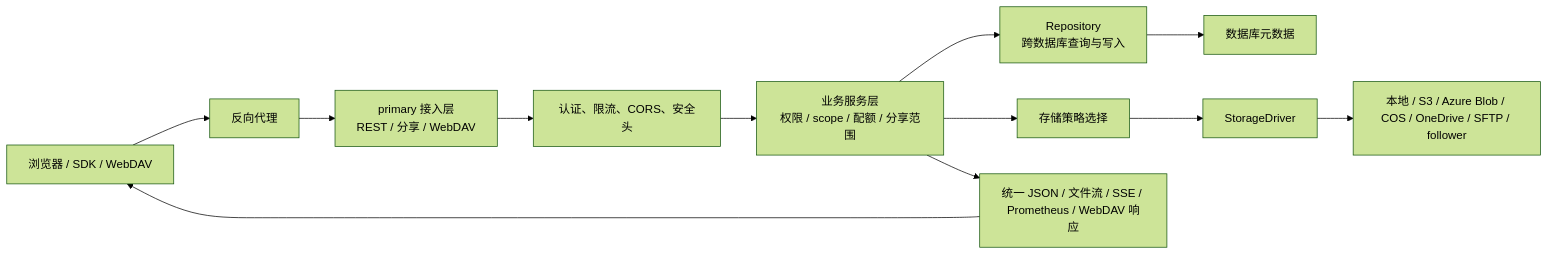
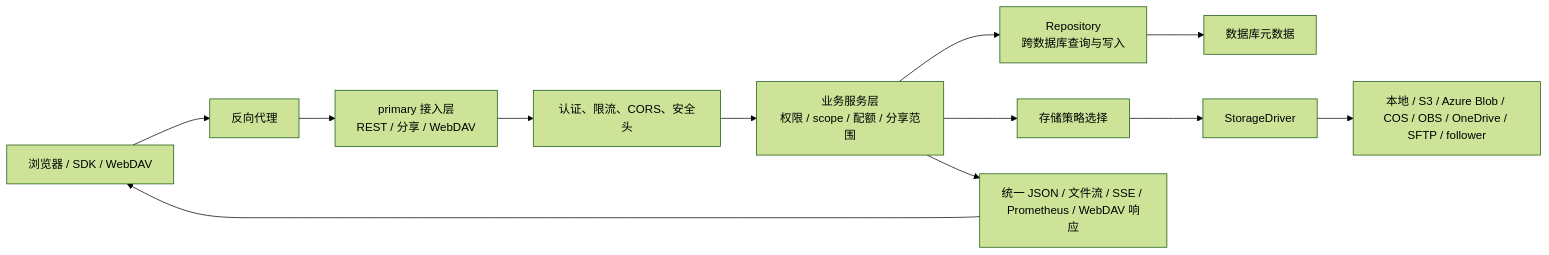
One commit to AsterCommunity/AsterDrive changed the third of 6 diagrams in docs/src/content/docs/reference/runtime-architecture.md. Above: the diagram before and after it, drawn with Mermaid (forest theme). The commit also changed other lines of this file and 53 other files, not shown here.

````diff
--- a/docs/src/content/docs/reference/runtime-architecture.md
+++ b/docs/src/content/docs/reference/runtime-architecture.md
@@ -158,14 +158,14 @@
 ```mermaid
 flowchart LR
   Client["浏览器 / SDK / WebDAV"] --> Proxy["反向代理"]
   Proxy --> Entry["primary 接入层<br/>REST / 分享 / WebDAV"]
   Entry --> Auth["认证、限流、CORS、安全头"]
   Auth --> Service["业务服务层<br/>权限 / scope / 配额 / 分享范围"]
   Service --> Repo["Repository<br/>跨数据库查询与写入"]
   Repo --> DB["数据库元数据"]
   Service --> StorageDecision["存储策略选择"]
   StorageDecision --> Driver["StorageDriver"]
-  Driver --> ObjectStore["本地 / S3 / Azure Blob / COS / OneDrive / SFTP / follower"]
+  Driver --> ObjectStore["本地 / S3 / Azure Blob / COS / OBS / OneDrive / SFTP / follower"]
   Service --> Response["统一 JSON / 文件流 / SSE / Prometheus / WebDAV 响应"]
   Response --> Client
 ```
````
